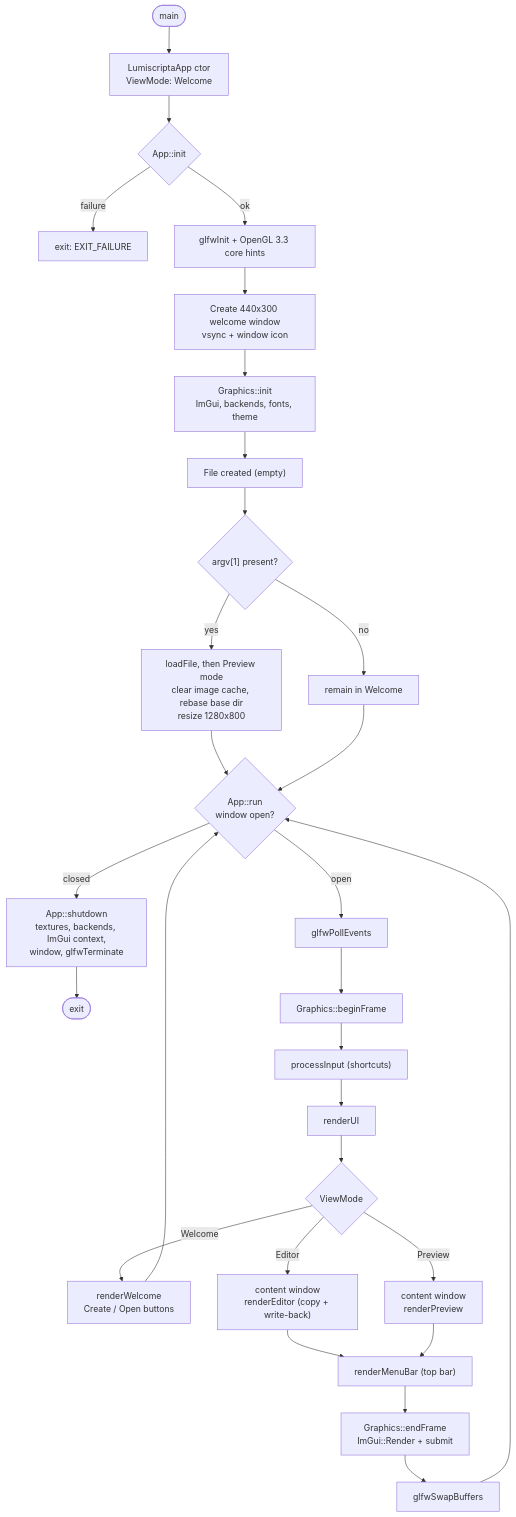
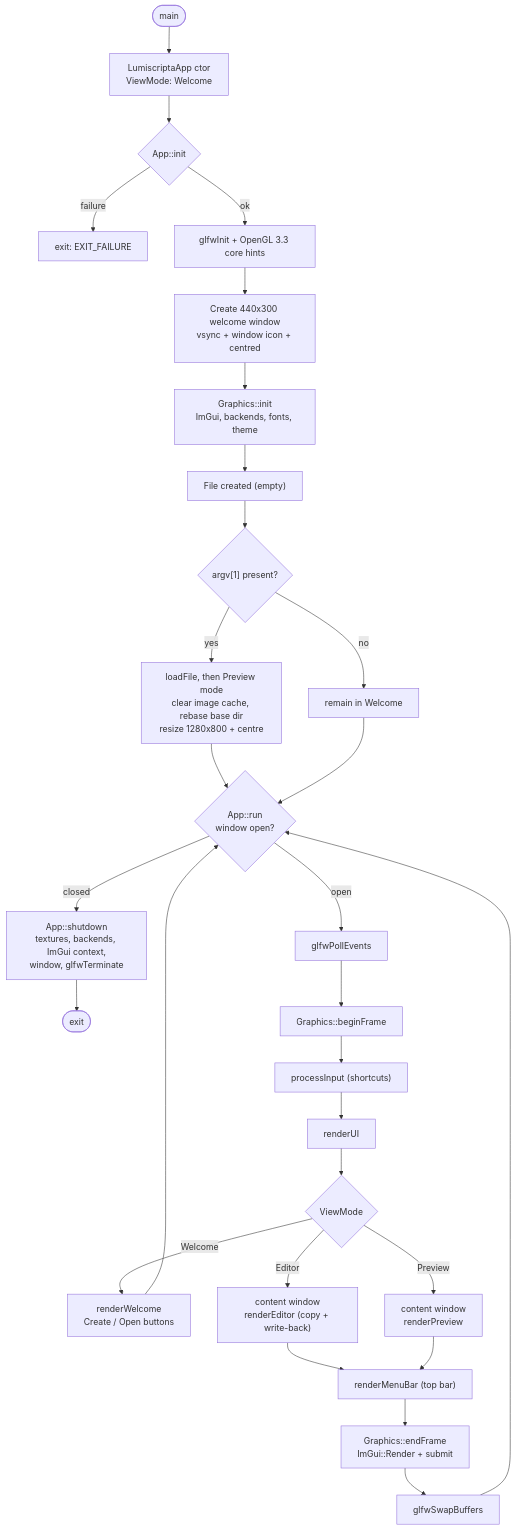
The diagram in docs/architecture/application-flow.md (AveCesar1/lumiscripta), drawn with Mermaid before and after one commit. The commit also changed other lines of this file and 6 other files, not shown here.

````diff
--- a/docs/architecture/application-flow.md
+++ b/docs/architecture/application-flow.md
@@ -70,32 +88,32 @@
 ```mermaid
 flowchart TD
     A([main]) --> B["LumiscriptaApp ctor<br/>ViewMode: Welcome"]
     B --> C{"App::init"}
     C -- failure --> X["exit: EXIT_FAILURE"]
     C -- ok --> D["glfwInit + OpenGL 3.3 core hints"]
-    D --> E["Create 440x300 welcome window<br/>vsync + window icon"]
+    D --> E["Create 440x300 welcome window<br/>vsync + window icon + centred"]
     E --> F["Graphics::init<br/>ImGui, backends, fonts, theme"]
     F --> G["File created (empty)"]
     G --> H{"argv[1] present?"}
-    H -- yes --> I["loadFile, then Preview mode<br/>clear image cache, rebase base dir<br/>resize 1280x800"]
+    H -- yes --> I["loadFile, then Preview mode<br/>clear image cache, rebase base dir<br/>resize 1280x800 + centre"]
     H -- no --> J["remain in Welcome"]
     I --> K
     J --> K
     K{"App::run<br/>window open?"}
     K -- closed --> SH["App::shutdown<br/>textures, backends, ImGui context,<br/>window, glfwTerminate"]
     SH --> Z([exit])
     K -- open --> L["glfwPollEvents"]
     L --> M["Graphics::beginFrame"]
     M --> N["processInput (shortcuts)"]
     N --> O["renderUI"]
     O --> P{"ViewMode"}
     P -- Welcome --> Q["renderWelcome<br/>Create / Open buttons"]
     P -- Editor --> R["content window<br/>renderEditor (copy + write-back)"]
     P -- Preview --> S["content window<br/>renderPreview"]
     Q --> K
     R --> T["renderMenuBar (top bar)"]
     S --> T
     T --> V["Graphics::endFrame<br/>ImGui::Render + submit"]
     V --> W["glfwSwapBuffers"]
     W --> K
 ```
````
